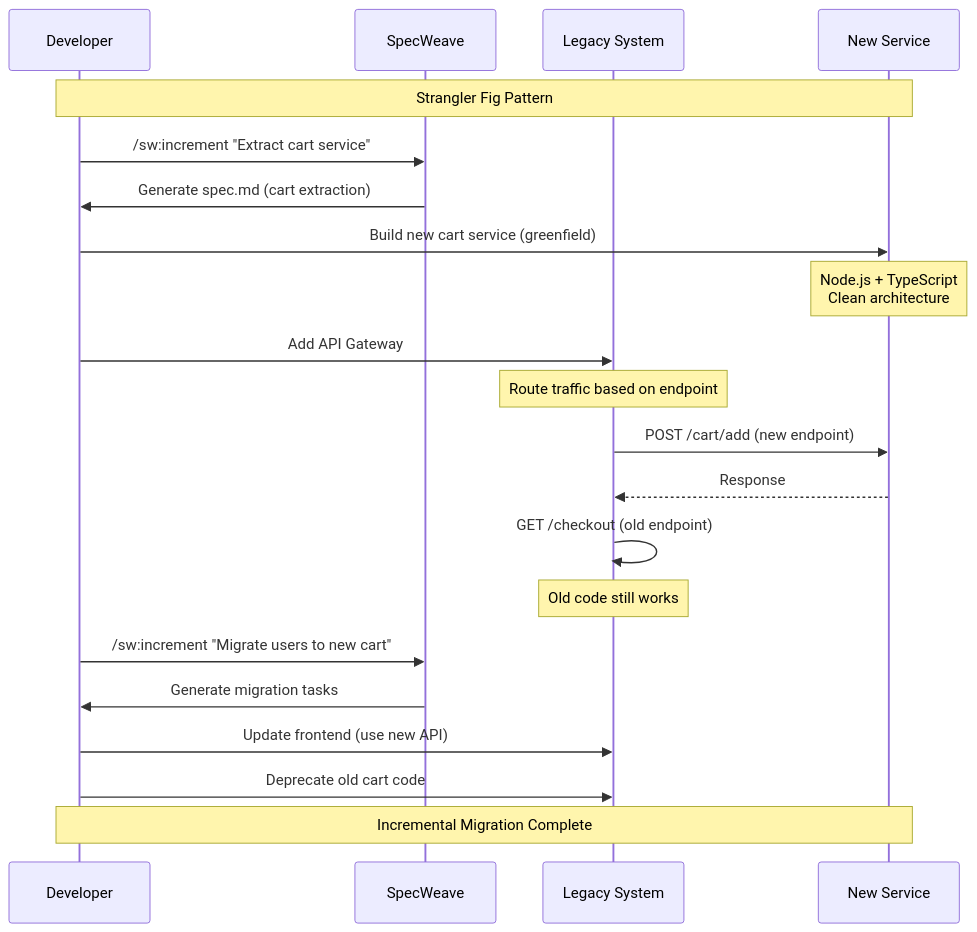
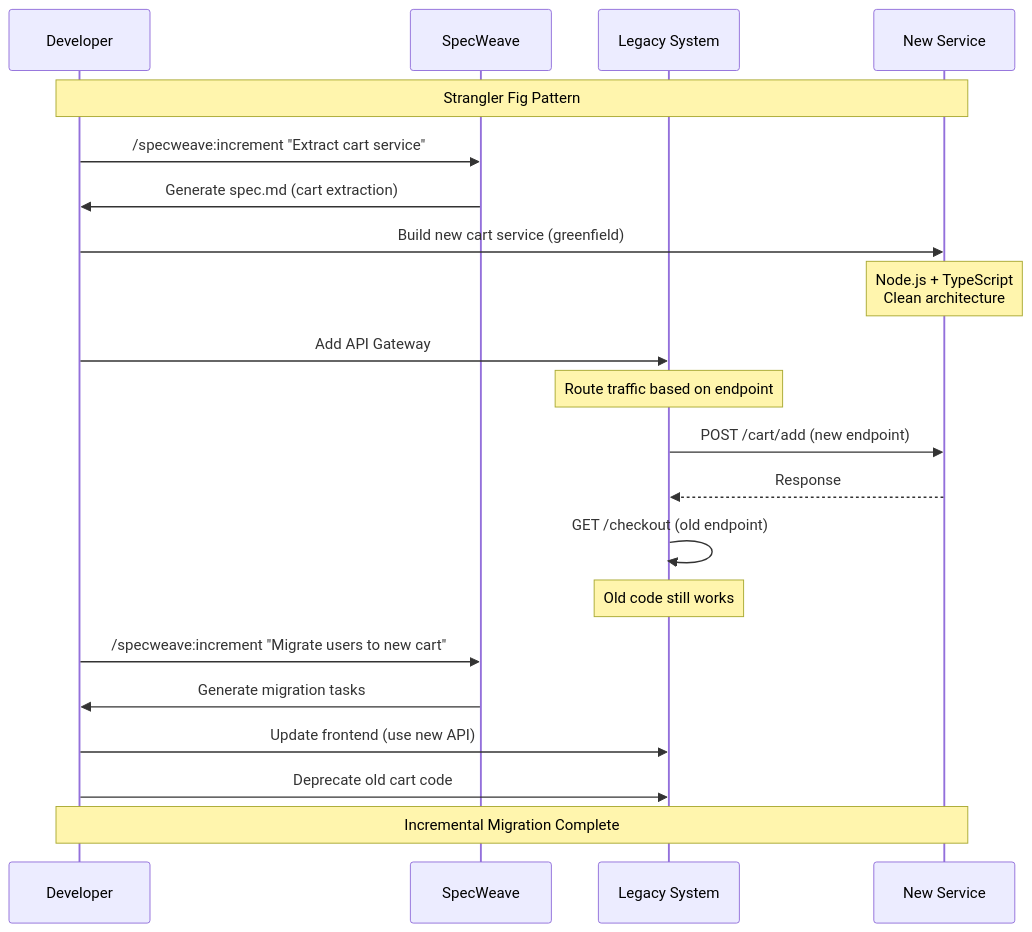
Before and after one commit to anton-abyzov/specweave: the third of 4 diagrams in docs-site/docs/glossary/terms/brownfield.md, drawn with Mermaid. The commit also changed other lines of this file and 144 other files, not shown here.

````diff
--- a/docs-site/docs/glossary/terms/brownfield.md
+++ b/docs-site/docs/glossary/terms/brownfield.md
@@ -508,32 +508,32 @@
 ```mermaid
 sequenceDiagram
     participant Dev as Developer
     participant SW as SpecWeave
     participant Legacy as Legacy System
     participant New as New Service
 
     Note over Dev,New: Strangler Fig Pattern
 
-    Dev->>SW: /sw:increment "Extract cart service"
+    Dev->>SW: /specweave:increment "Extract cart service"
     SW->>Dev: Generate spec.md (cart extraction)
 
     Dev->>New: Build new cart service (greenfield)
     Note over New: Node.js + TypeScript<br/>Clean architecture
 
     Dev->>Legacy: Add API Gateway
     Note over Legacy: Route traffic based on endpoint
 
     Legacy->>New: POST /cart/add (new endpoint)
     New-->>Legacy: Response
 
     Legacy->>Legacy: GET /checkout (old endpoint)
     Note over Legacy: Old code still works
 
-    Dev->>SW: /sw:increment "Migrate users to new cart"
+    Dev->>SW: /specweave:increment "Migrate users to new cart"
     SW->>Dev: Generate migration tasks
 
     Dev->>Legacy: Update frontend (use new API)
     Dev->>Legacy: Deprecate old cart code
 
     Note over Dev,New: Incremental Migration Complete
 ```
````
